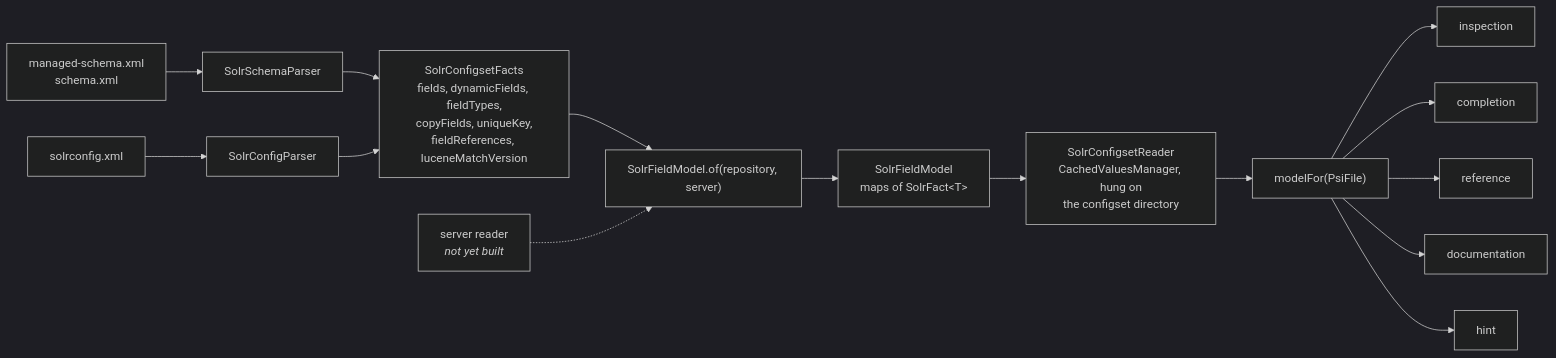
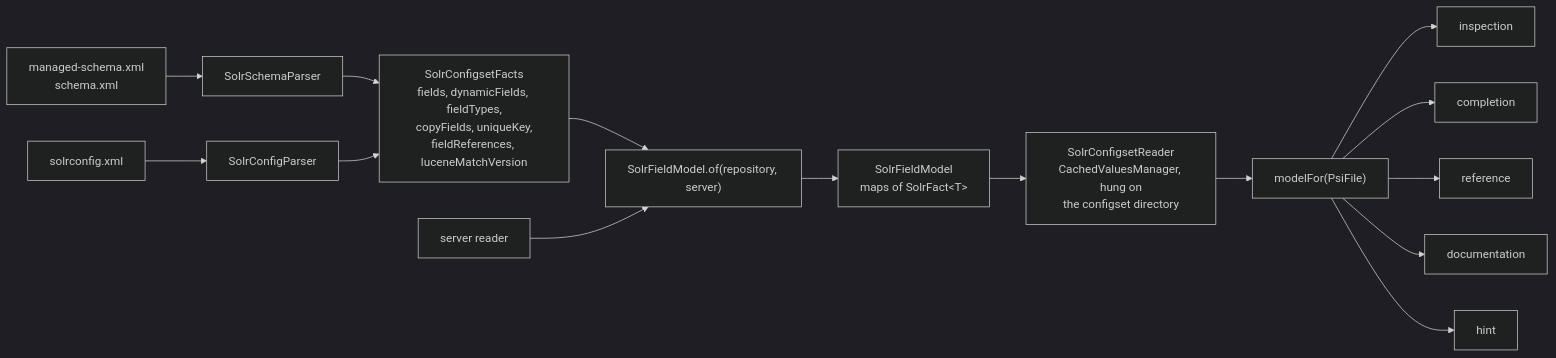
One commit to adityamparikh/solr-intellij-plugin changed the second of 2 diagrams in docs/code-organization.md. Above: the diagram before and after it, drawn with Mermaid (dark theme). The commit also changed 12 other files, not shown here.

````diff
--- a/docs/code-organization.md
+++ b/docs/code-organization.md
@@ -438,17 +438,17 @@
 ```mermaid
 flowchart LR
     Schema["managed-schema.xml<br/>schema.xml"] --> SchemaParser["SolrSchemaParser"]
     Config["solrconfig.xml"] --> ConfigParser["SolrConfigParser"]
     SchemaParser --> Facts["SolrConfigsetFacts<br/>fields, dynamicFields, fieldTypes,<br/>copyFields, uniqueKey,<br/>fieldReferences, luceneMatchVersion"]
     ConfigParser --> Facts
     Facts --> Merge["SolrFieldModel.of(repository, server)"]
-    ServerReader["server reader<br/><i>not yet built</i>"] -.-> Merge
+    ServerReader["server reader"] --> Merge
     Merge --> Model["SolrFieldModel<br/>maps of SolrFact&lt;T&gt;"]
     Model --> Reader["SolrConfigsetReader<br/>CachedValuesManager, hung on<br/>the configset directory"]
     Reader --> Ask["modelFor(PsiFile)"]
     Ask --> Inspection["inspection"]
     Ask --> Completion["completion"]
     Ask --> Reference["reference"]
     Ask --> Documentation["documentation"]
     Ask --> Hint["hint"]
 ```
````
